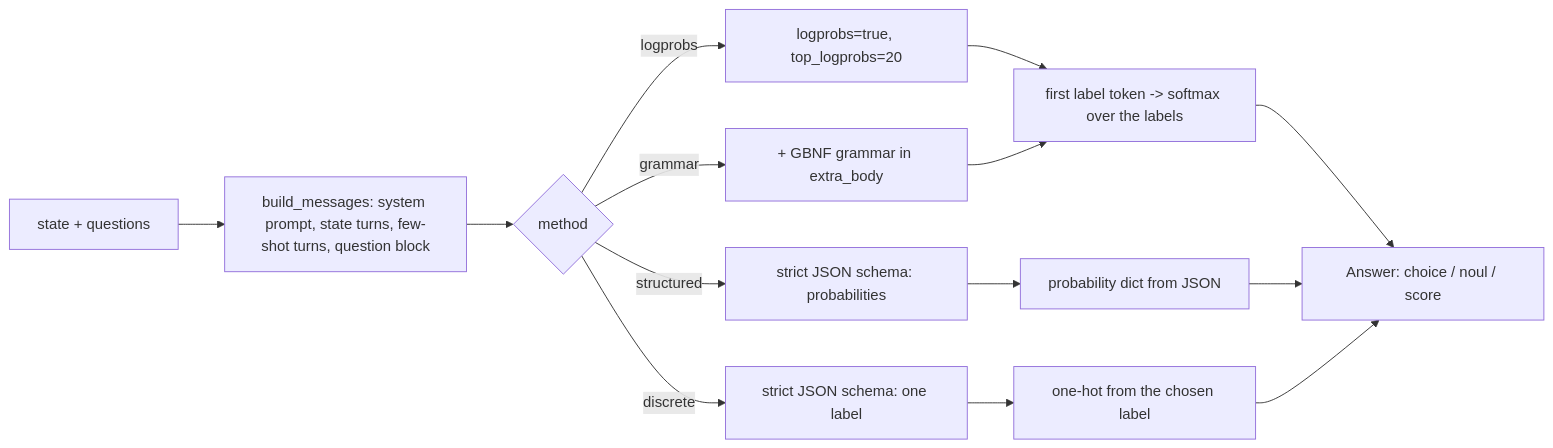
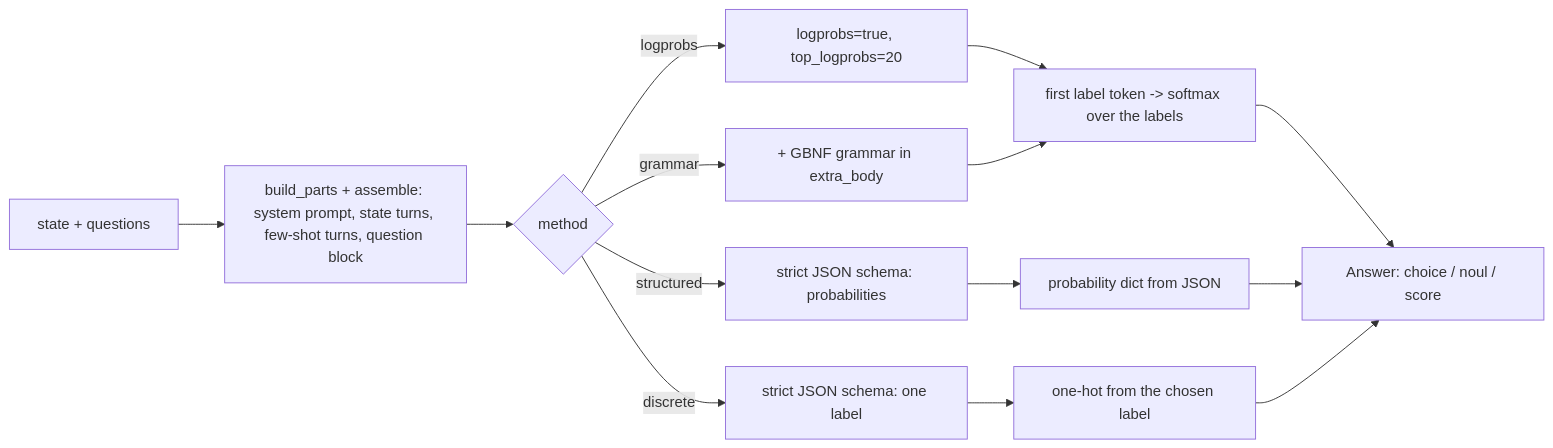
One commit to zhulinchng/jevper changed the diagram in README.md. Above: the diagram before and after it, drawn with Mermaid. The commit also changed 8 other files, not shown here.

````diff
--- a/README.md
+++ b/README.md
@@ -61,16 +61,16 @@
 ```mermaid
 flowchart LR
-    A["state + questions"] --> B["build_messages: system prompt, state turns, few-shot turns, question block"]
+    A["state + questions"] --> B["build_parts + assemble: system prompt, state turns, few-shot turns, question block"]
     B --> C{"method"}
     C -->|logprobs| D["logprobs=true, top_logprobs=20"]
     C -->|grammar| E["+ GBNF grammar in extra_body"]
     C -->|structured| F["strict JSON schema: probabilities"]
     C -->|discrete| G["strict JSON schema: one label"]
     D --> H["first label token -> softmax over the labels"]
     E --> H
     F --> I["probability dict from JSON"]
     G --> J["one-hot from the chosen label"]
     H --> K["Answer: choice / noul / score"]
     I --> K
     J --> K
 ```
````
